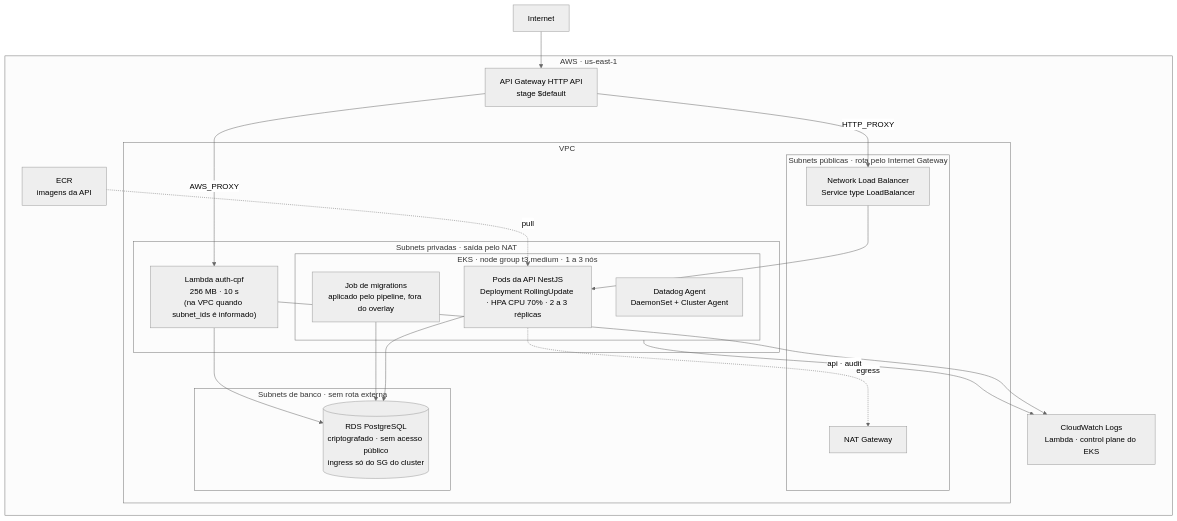
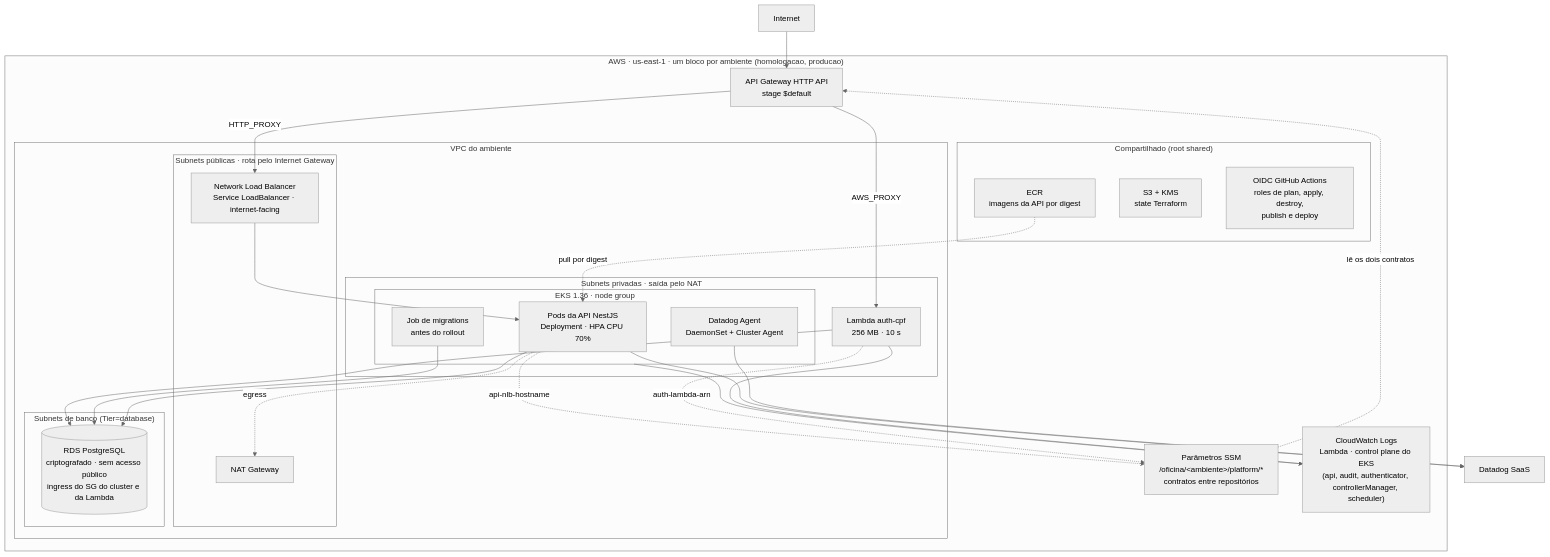
The fourth of 5 diagrams in docs/architecture/componentes.md (32SOAT/oficina-mecanica-api), drawn with Mermaid (neutral theme) before and after one commit. The commit also changed other lines of this file and 16 other files, not shown here.

````diff
--- a/docs/architecture/componentes.md
+++ b/docs/architecture/componentes.md
@@ -151,40 +202,53 @@
 ```mermaid
 flowchart TB
     Internet["Internet"]
 
-    subgraph AWS["AWS · us-east-1"]
+    subgraph AWS["AWS · us-east-1 · um bloco por ambiente (homologacao, producao)"]
         GW["API Gateway HTTP API<br/>stage $default"]
-        ECR["ECR<br/>imagens da API"]
-        CW["CloudWatch Logs<br/>Lambda · control plane do EKS"]
+        SSM["Parâmetros SSM<br/>/oficina/&lt;ambiente&gt;/platform/*<br/>contratos entre repositórios"]
+        CW["CloudWatch Logs<br/>Lambda · control plane do EKS<br/>(api, audit, authenticator, controllerManager, scheduler)"]
 
-        subgraph VPC["VPC"]
+        subgraph SHARED["Compartilhado (root shared)"]
+            ECR["ECR<br/>imagens da API por digest"]
+            S3["S3 + KMS<br/>state Terraform"]
+            OIDC["OIDC GitHub Actions<br/>roles de plan, apply, destroy,<br/>publish e deploy"]
+        end
+
+        subgraph VPC["VPC do ambiente"]
             subgraph PUB["Subnets públicas · rota pelo Internet Gateway"]
-                NLB["Network Load Balancer<br/>Service type LoadBalancer"]
+                NLB["Network Load Balancer<br/>Service LoadBalancer · internet-facing"]
                 NAT["NAT Gateway"]
             end
             subgraph PRIV["Subnets privadas · saída pelo NAT"]
-                Lambda["Lambda auth-cpf<br/>256 MB · 10 s<br/>(na VPC quando subnet_ids é informado)"]
-                subgraph EKS["EKS · node group t3.medium · 1 a 3 nós"]
-                    Pods["Pods da API NestJS<br/>Deployment RollingUpdate · HPA CPU 70% · 2 a 3 réplicas"]
-                    Job["Job de migrations<br/>aplicado pelo pipeline, fora do overlay"]
+                Lambda["Lambda auth-cpf<br/>256 MB · 10 s"]
+                subgraph EKS["EKS 1.36 · node group"]
+                    Pods["Pods da API NestJS<br/>Deployment · HPA CPU 70%"]
+                    Job["Job de migrations<br/>antes do rollout"]
                     Agent["Datadog Agent<br/>DaemonSet + Cluster Agent"]
                 end
             end
-            subgraph DBS["Subnets de banco · sem rota externa"]
-                RDS[("RDS PostgreSQL<br/>criptografado · sem acesso público<br/>ingress só do SG do cluster")]
+            subgraph DBS["Subnets de banco (Tier=database)"]
+                RDS[("RDS PostgreSQL<br/>criptografado · sem acesso público<br/>ingress do SG do cluster e da Lambda")]
             end
         end
     end
+
+    DD["Datadog SaaS"]
 
     Internet --> GW
     GW -->|"AWS_PROXY"| Lambda
     GW -->|"HTTP_PROXY"| NLB
     NLB --> Pods
     Pods --> RDS
     Job --> RDS
     Lambda --> RDS
     Pods -.->|"egress"| NAT
-    ECR -.->|"pull"| Pods
+    ECR -.->|"pull por digest"| Pods
     Lambda --> CW
-    EKS -->|"api · audit"| CW
+    EKS --> CW
+    Lambda -.->|"auth-lambda-arn"| SSM
+    Pods -.->|"api-nlb-hostname"| SSM
+    SSM -.->|"lê os dois contratos"| GW
+    Agent --> DD
+    Pods --> DD
 ```
````
